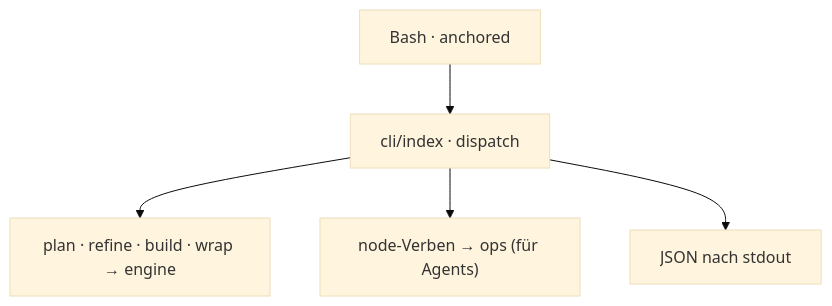
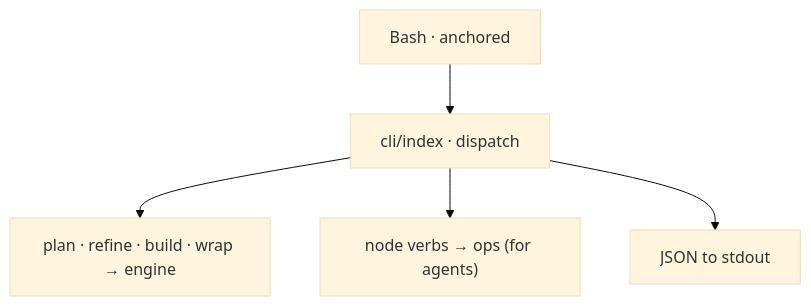
Before and after one commit to chafoo/anchored: the diagram in docs/core/cli/_cli.md, drawn with Mermaid (base theme). The commit also changed other lines of this file and 131 other files, not shown here.

````diff
--- a/docs/core/cli/_cli.md
+++ b/docs/core/cli/_cli.md
@@ -8,7 +8,7 @@
 ```mermaid
 flowchart TB
     bash["Bash · anchored <verb>"] --> disp["cli/index · dispatch"]
     disp --> stage["plan · refine · build · wrap → engine"]
-    disp --> node["node-Verben → ops (für Agents)"]
-    disp --> json["JSON nach stdout"]
+    disp --> node["node verbs → ops (for agents)"]
+    disp --> json["JSON to stdout"]
 ```
````
